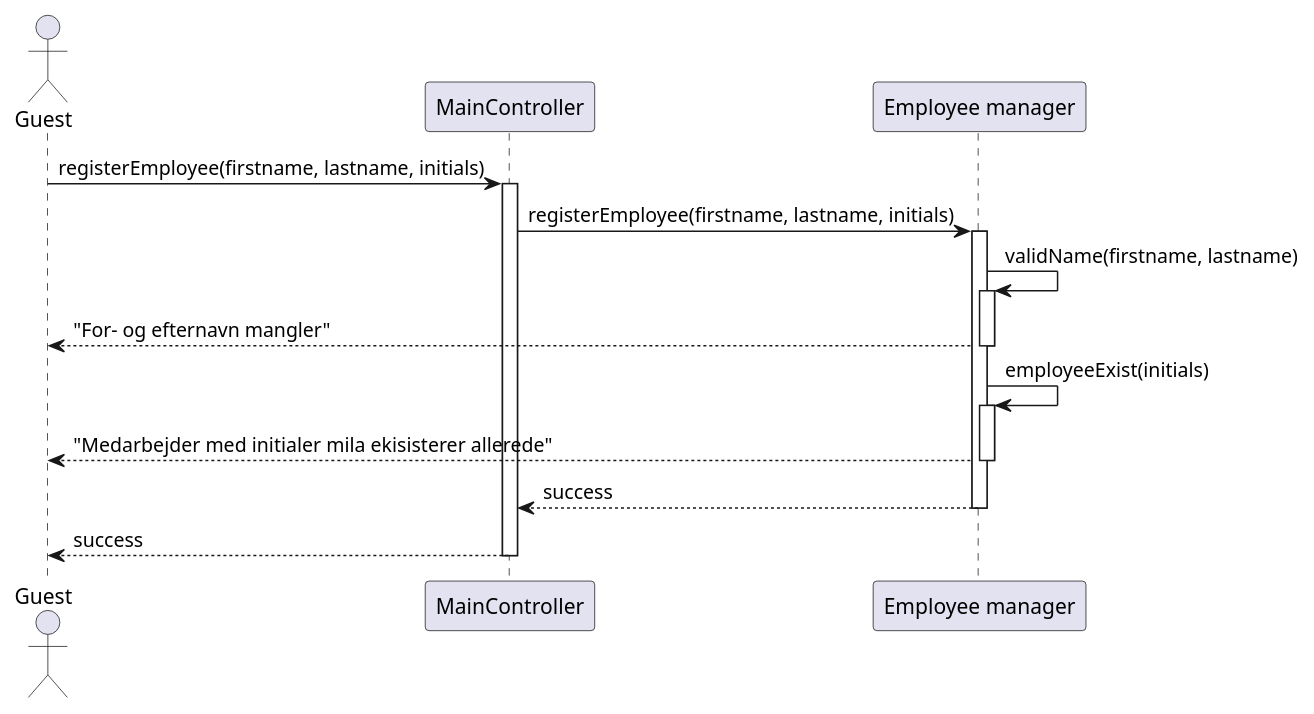
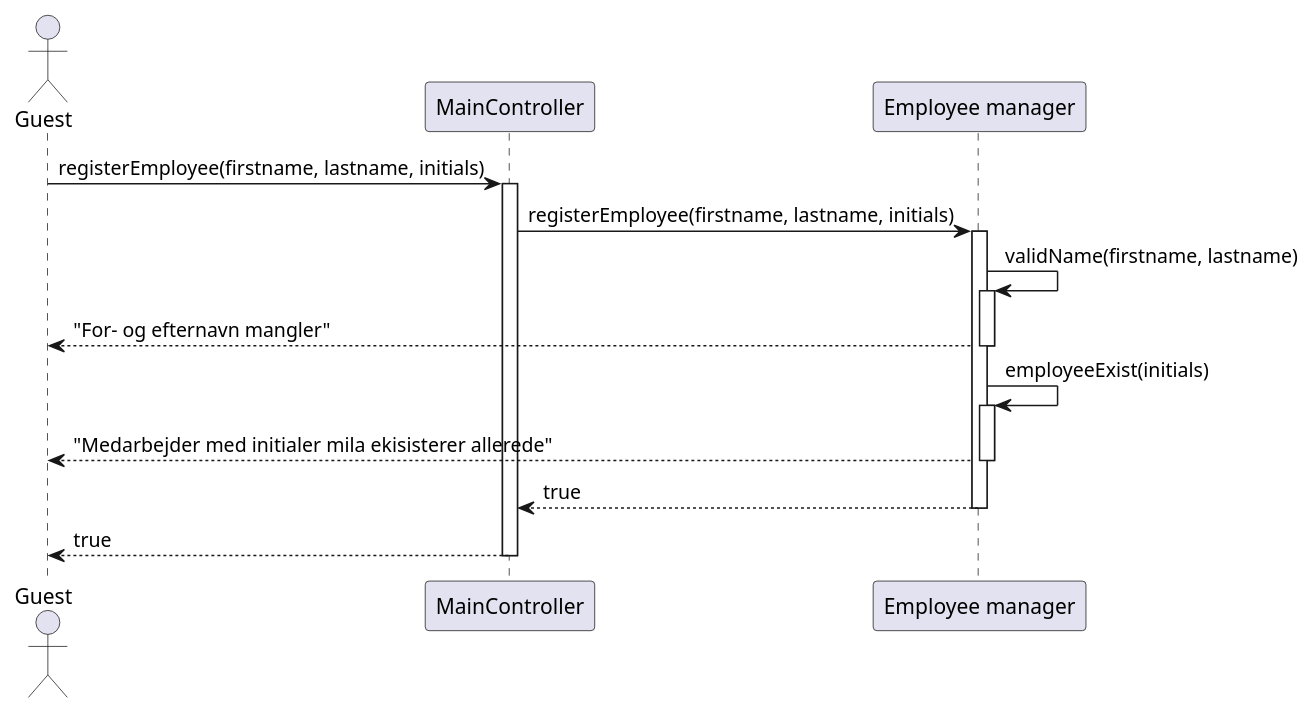
One commit to rwiuff/02161ExamProject changed the diagram in RequirementsAndDesign/SequenceDiagrams/seq_register_employee.puml. Above: the diagram before and after it, drawn with PlantUML. The commit also changed 4 other files, not shown here.

Commit message:
updated seq diagrams

```diff
--- a/RequirementsAndDesign/SequenceDiagrams/seq_register_employee.puml
+++ b/RequirementsAndDesign/SequenceDiagrams/seq_register_employee.puml
@@ -1,26 +1,26 @@
 @startuml
 actor "Guest" as guest
 participant "MainController" as app
 participant "Employee manager" as em
 
 guest -> app : registerEmployee(firstname, lastname, initials)
 activate app
 
 
 app -> em : registerEmployee(firstname, lastname, initials)
 activate em
 
 em -> em : validName(firstname, lastname)
 activate em 
 em --> guest : "For- og efternavn mangler"
 deactivate em 
 
 em -> em : employeeExist(initials)
 activate em 
 em --> guest : "Medarbejder med initialer mila ekisisterer allerede"
 deactivate em 
 
-return success
-return success
+return true
+return true
 
 @enduml
```
